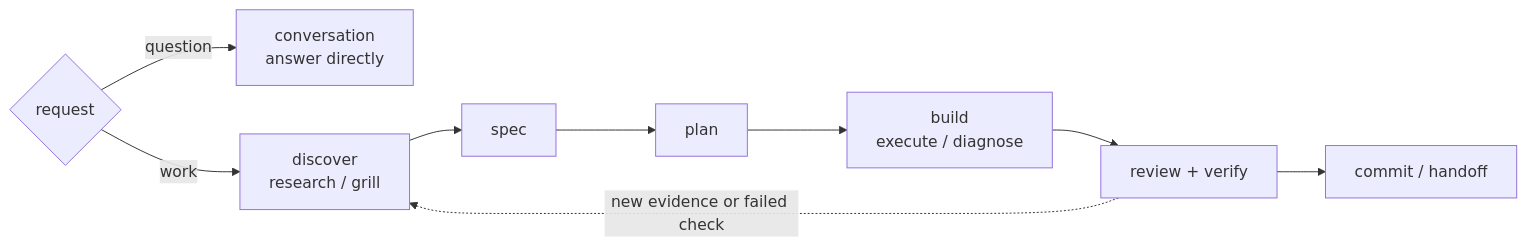
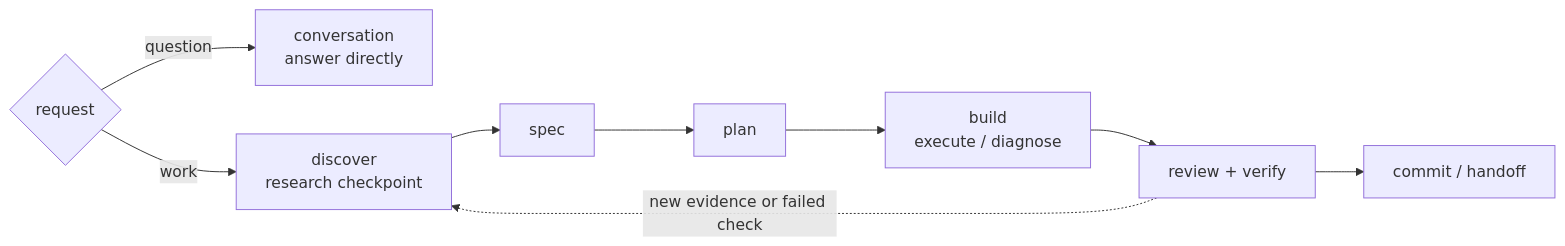
One commit to hassan-mohiddin/freeflow changed the first of 2 diagrams in README.md. Above: the diagram before and after it, drawn with Mermaid. The commit also changed other lines of this file and 36 other files, not shown here.

````diff
--- a/README.md
+++ b/README.md
@@ -21,16 +21,16 @@
 ```mermaid
 flowchart LR
   Request{request}
   Talk[conversation<br/>answer directly]
-  Discover[discover<br/>research / grill]
+  Discover[discover<br/>research checkpoint]
   Spec[spec]
   Plan[plan]
   Build[build<br/>execute / diagnose]
   Check[review + verify]
   Close[commit / handoff]
 
   Request -->|question| Talk
   Request -->|work| Discover
   Discover --> Spec --> Plan --> Build --> Check --> Close
   Check -. new evidence or failed check .-> Discover
 ```
````
